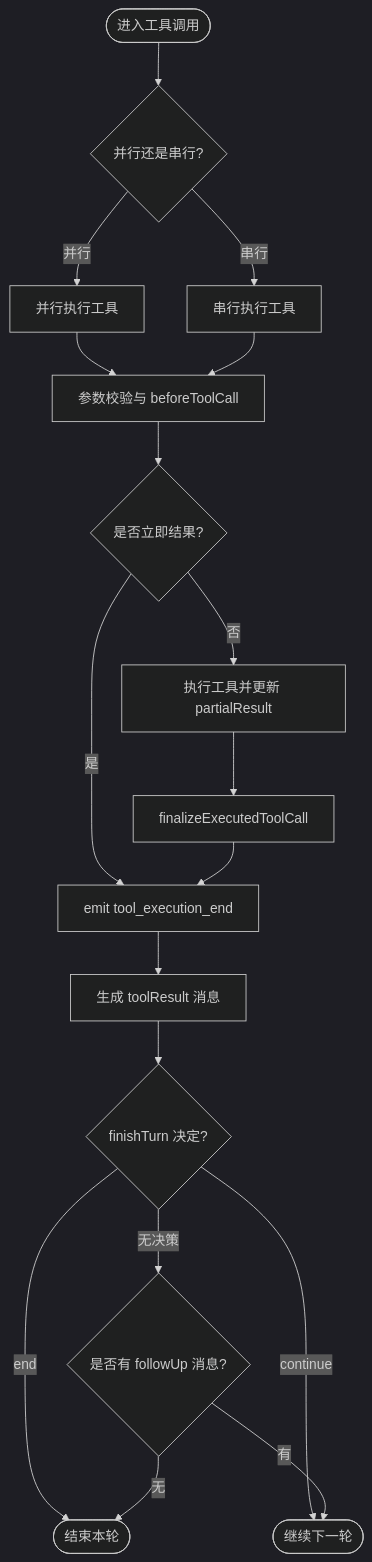
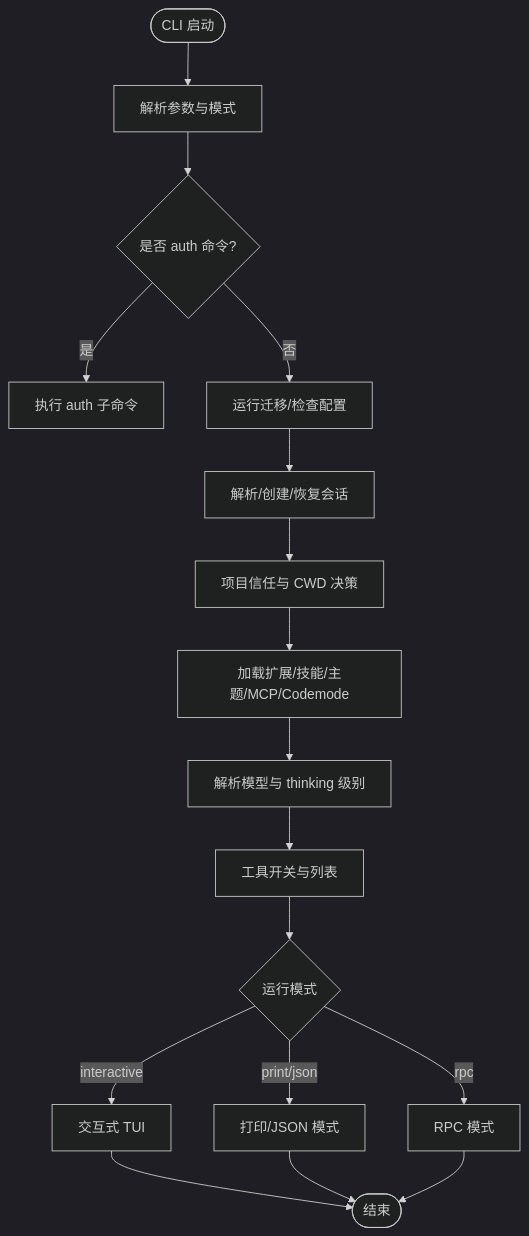
Before and after one commit to FDE-GROUP/oh-my-coding-agent: the fourth of 9 diagrams in .qoder/repowiki/zh/content/项目概述/架构概览.md, drawn with Mermaid (dark theme). The commit also changed other lines of this file and 755 other files, not shown here.

````diff
--- a/.qoder/repowiki/zh/content/项目概述/架构概览.md
+++ b/.qoder/repowiki/zh/content/项目概述/架构概览.md
@@ -159,20 +180,19 @@
 ```mermaid
 flowchart TD
-Start(["进入工具调用"]) --> DetectMode{"并行还是串行?"}
-DetectMode --> |并行| Parallel["并行执行工具"]
-DetectMode --> |串行| Sequential["串行执行工具"]
-Parallel --> Validate["参数校验与 beforeToolCall"]
-Sequential --> Validate
-Validate --> Exec{"是否立即结果?"}
-Exec --> |是| EmitEnd["emit tool_execution_end"]
-Exec --> |否| Run["执行工具并更新 partialResult"]
-Run --> Finalize["finalizeExecutedToolCall"]
-Finalize --> EmitEnd
-EmitEnd --> ResultMsg["生成 toolResult 消息"]
-ResultMsg --> Decision{"finishTurn 决定?"}
-Decision --> |end| End(["结束本轮"])
-Decision --> |continue| Next(["继续下一轮"])
-Decision --> |无决策| CheckFollowUp{"是否有 followUp 消息?"}
-CheckFollowUp --> |有| Next
-CheckFollowUp --> |无| End
+Start(["CLI 启动"]) --> Parse["解析参数与模式"]
+Parse --> AuthCheck{"是否 auth 命令?"}
+AuthCheck --> |是| RunAuth["执行 auth 子命令"]
+AuthCheck --> |否| Migrate["运行迁移/检查配置"]
+Migrate --> Session["解析/创建/恢复会话"]
+Session --> Trust["项目信任与 CWD 决策"]
+Trust --> ExtLoad["加载扩展/技能/主题/MCP/Codemode"]
+ExtLoad --> Model["解析模型与 thinking 级别"]
+Model --> Tools["工具开关与列表"]
+Tools --> Mode{"运行模式"}
+Mode --> |interactive| Interactive["交互式 TUI"]
+Mode --> |print/json| Print["打印/JSON 模式"]
+Mode --> |rpc| RPC["RPC 模式"]
+Interactive --> End(["结束"])
+Print --> End
+RPC --> End
 ```
````
